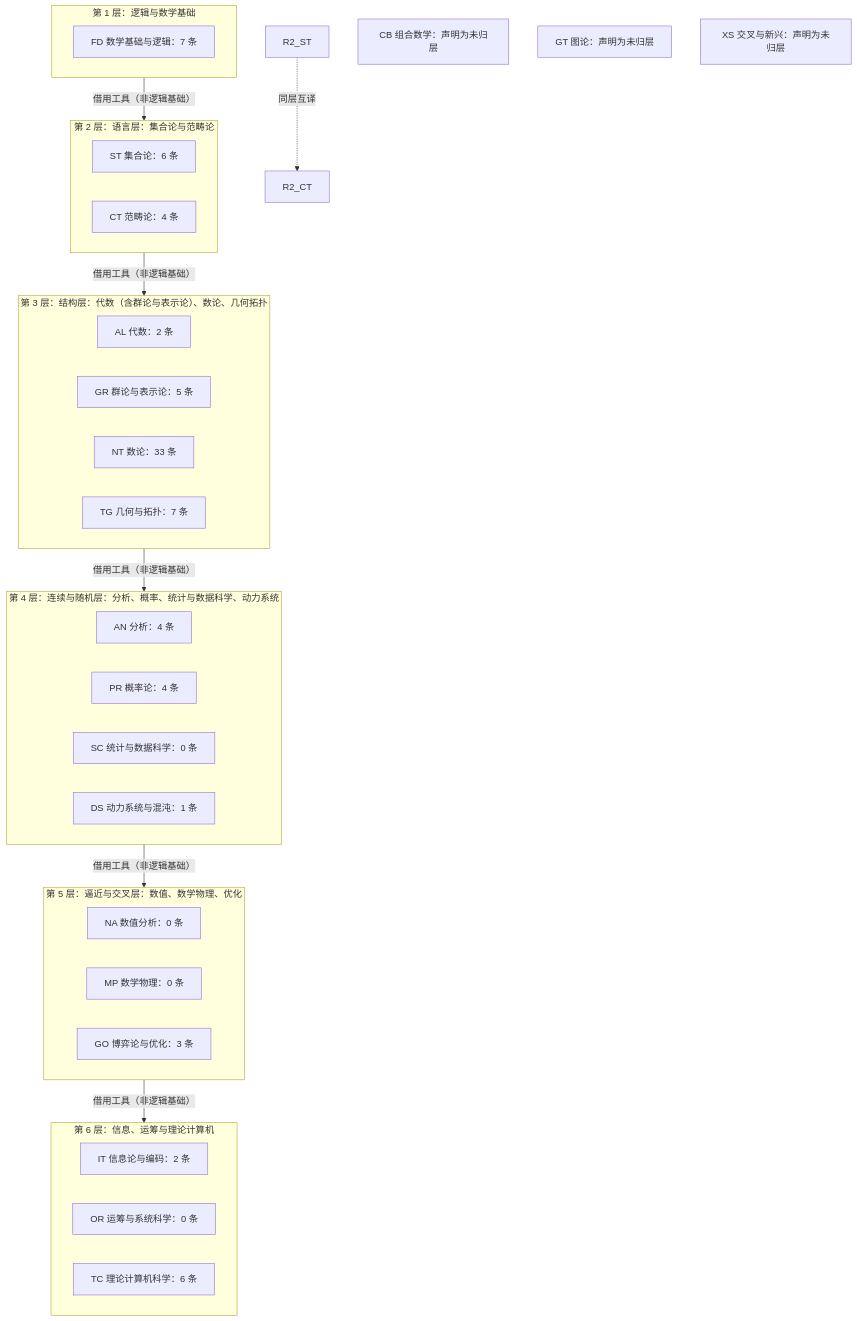
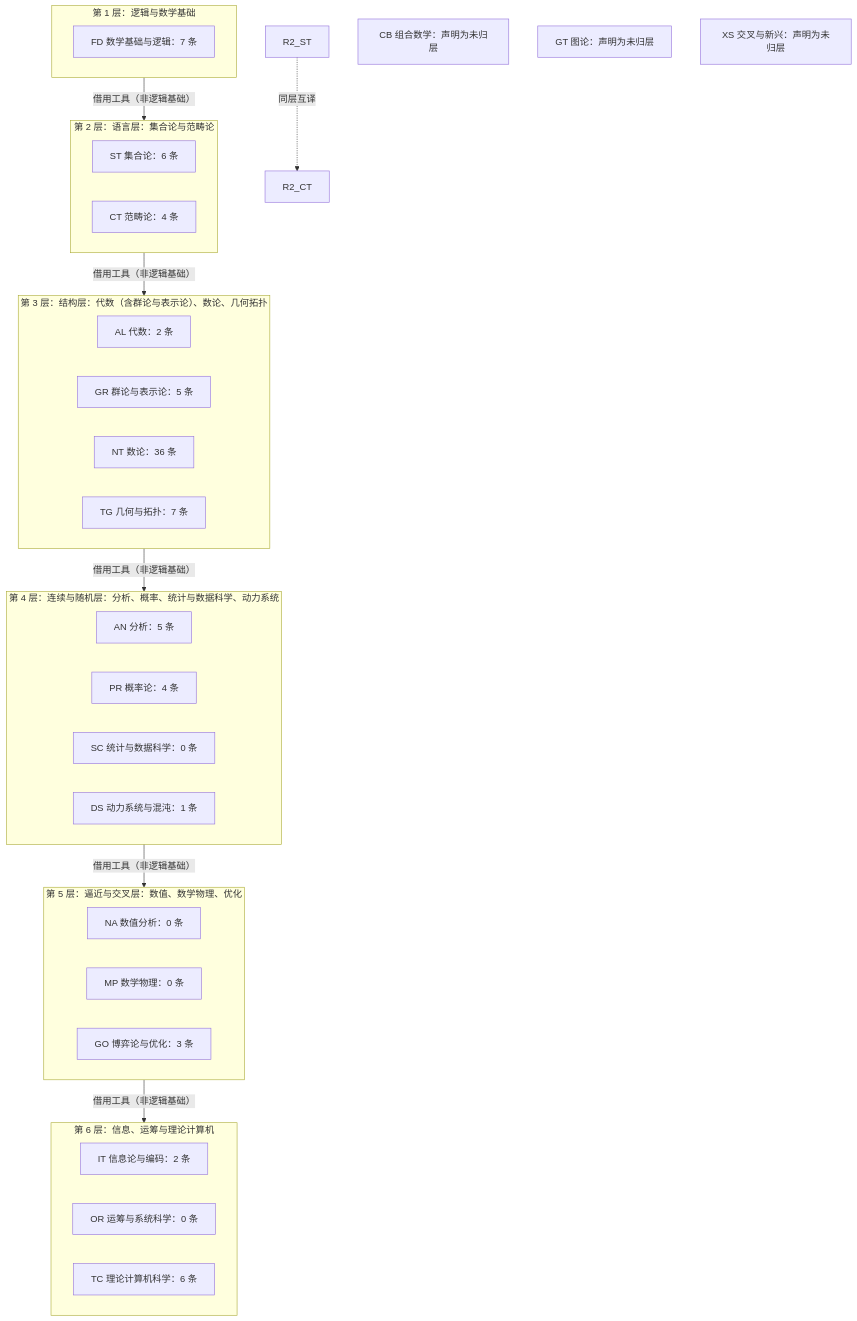
Before and after one commit to aikjx/openmath: the second of 5 diagrams in 10-文献与索引/四层总览.md, drawn with Mermaid. The commit also changed other lines of this file and 29 other files, not shown here.

````diff
--- a/10-文献与索引/四层总览.md
+++ b/10-文献与索引/四层总览.md
@@ -162,41 +166,41 @@
 ```mermaid
 flowchart TB
   subgraph R1[第 1 层：逻辑与数学基础]
     T1_FD["FD 数学基础与逻辑：7 条"]
   end
   subgraph R2[第 2 层：语言层：集合论与范畴论]
     T2_ST["ST 集合论：6 条"]
     T2_CT["CT 范畴论：4 条"]
   end
   R1 -->|"借用工具（非逻辑基础）"| R2
   subgraph R3[第 3 层：结构层：代数（含群论与表示论）、数论、几何拓扑]
     T3_AL["AL 代数：2 条"]
     T3_GR["GR 群论与表示论：5 条"]
-    T3_NT["NT 数论：33 条"]
+    T3_NT["NT 数论：36 条"]
     T3_TG["TG 几何与拓扑：7 条"]
   end
   R2 -->|"借用工具（非逻辑基础）"| R3
   subgraph R4[第 4 层：连续与随机层：分析、概率、统计与数据科学、动力系统]
-    T4_AN["AN 分析：4 条"]
+    T4_AN["AN 分析：5 条"]
     T4_PR["PR 概率论：4 条"]
     T4_SC["SC 统计与数据科学：0 条"]
     T4_DS["DS 动力系统与混沌：1 条"]
   end
   R3 -->|"借用工具（非逻辑基础）"| R4
   subgraph R5[第 5 层：逼近与交叉层：数值、数学物理、优化]
     T5_NA["NA 数值分析：0 条"]
     T5_MP["MP 数学物理：0 条"]
     T5_GO["GO 博弈论与优化：3 条"]
   end
   R4 -->|"借用工具（非逻辑基础）"| R5
   subgraph R6[第 6 层：信息、运筹与理论计算机]
     T6_IT["IT 信息论与编码：2 条"]
     T6_OR["OR 运筹与系统科学：0 条"]
     T6_TC["TC 理论计算机科学：6 条"]
   end
   R5 -->|"借用工具（非逻辑基础）"| R6
   R2_ST -.->|同层互译| R2_CT
   U_CB["CB 组合数学：声明为未归层"]
   U_GT["GT 图论：声明为未归层"]
   U_XS["XS 交叉与新兴：声明为未归层"]
 ```
````
